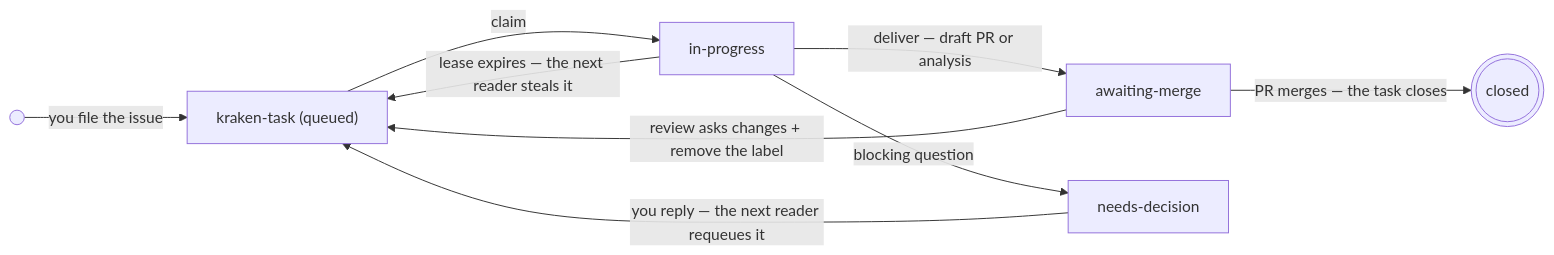
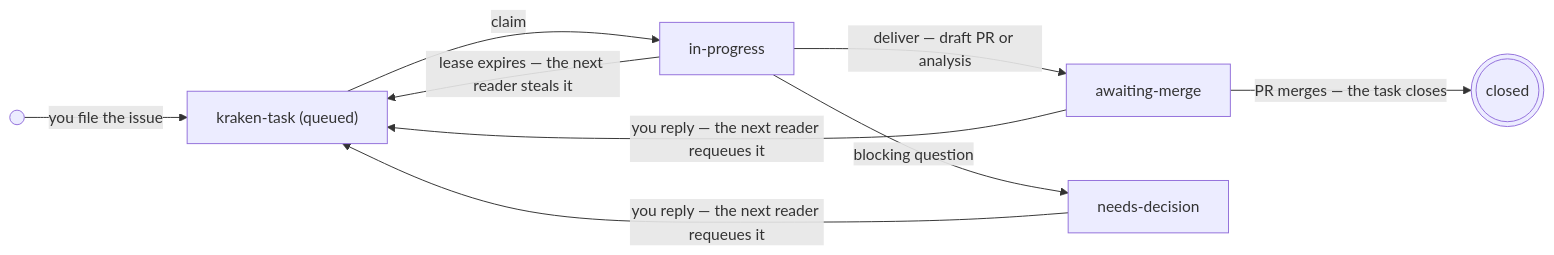
One commit to rafael-adcp/kraken changed the diagram in README.md. Above: the diagram before and after it, drawn with Mermaid. The commit also changed other lines of this file and 16 other files, not shown here.

````diff
--- a/README.md
+++ b/README.md
@@ -163,11 +163,11 @@
 ```mermaid
 flowchart LR
     S((" ")) -->|you file the issue| Q["kraken-task (queued)"]
     Q -->|claim| P[in-progress]
     P -->|deliver — draft PR or analysis| M[awaiting-merge]
     P -->|blocking question| D[needs-decision]
     P -->|lease expires — the next reader steals it| Q
     D -->|you reply — the next reader requeues it| Q
-    M -->|review asks changes + remove the label| Q
+    M -->|you reply — the next reader requeues it| Q
     M -->|PR merges — the task closes| E(((closed)))
 ```
````
